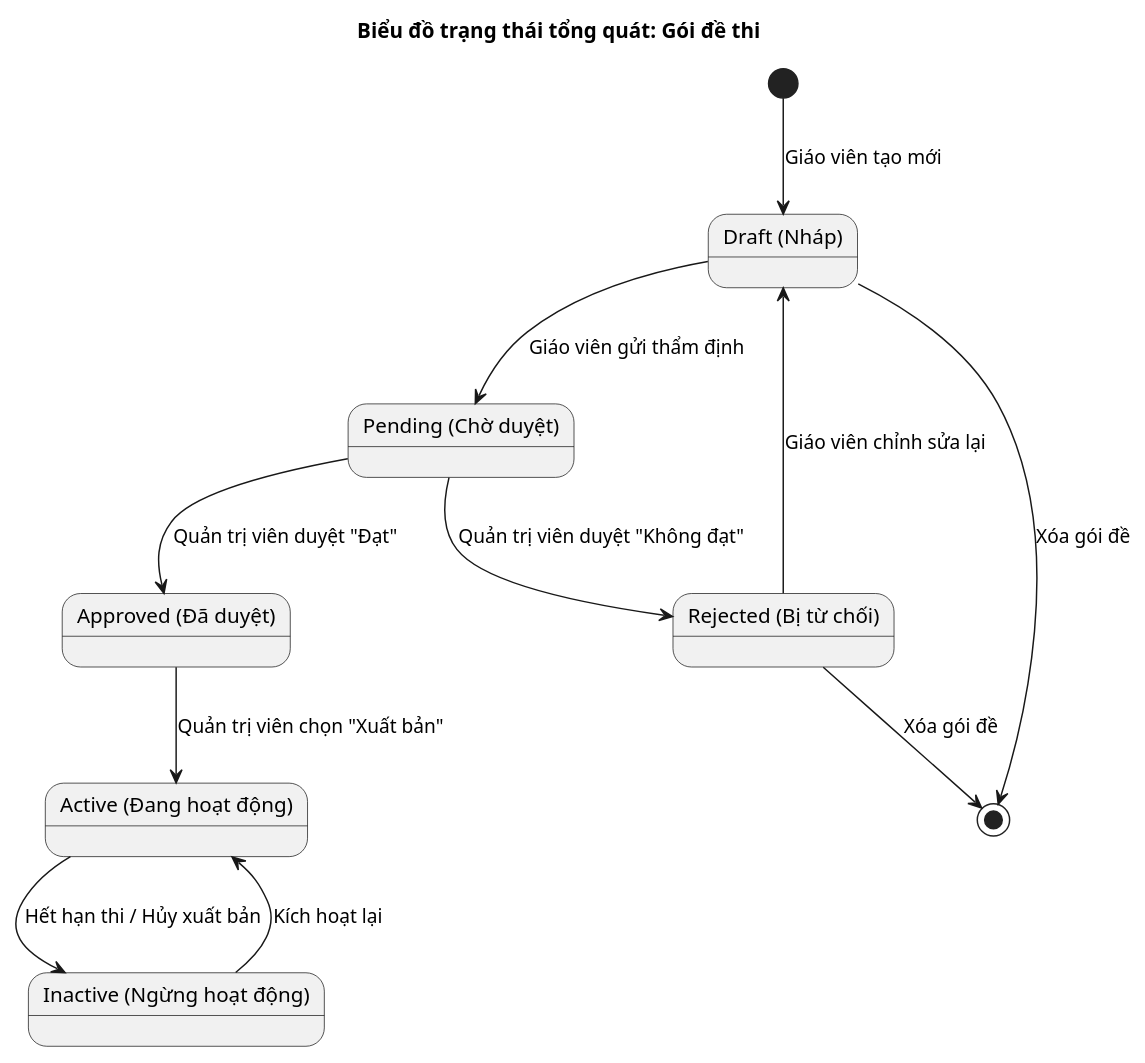
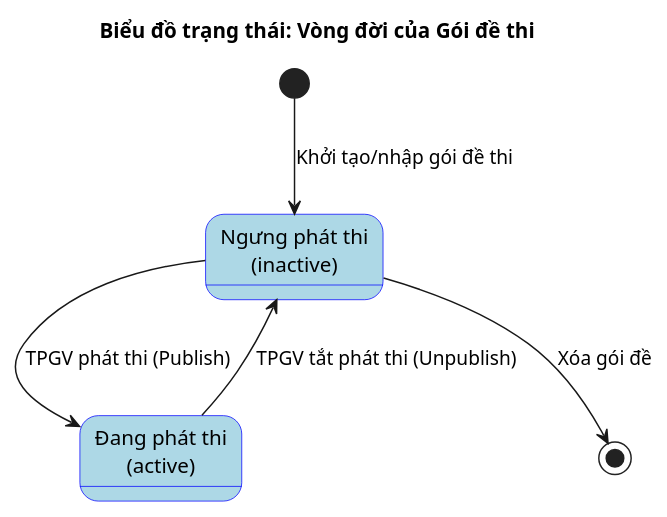
The fourth of 4 diagrams in Usecase/quanlygoide.md (VuKV03/do-an-tot-nghiep), drawn with PlantUML before and after one commit. The commit also changed other lines of this file and 10 other files, not shown here.

````diff
--- a/Usecase/quanlygoide.md
+++ b/Usecase/quanlygoide.md
@@ -169,23 +172,20 @@
 ```plantuml
 @startuml
-title Biểu đồ trạng thái tổng quát: Gói đề thi
+title Biểu đồ trạng thái: Vòng đời của Gói đề thi
 
-state "Draft (Nháp)" as Draft
-state "Pending (Chờ duyệt)" as Pending
-state "Approved (Đã duyệt)" as Approved
-state "Rejected (Bị từ chối)" as Rejected
-state "Active (Đang hoạt động)" as Active
-state "Inactive (Ngừng hoạt động)" as Inactive
+skinparam state {
+  BackgroundColor LightBlue
+  BorderColor Blue
+}
 
-[*] --> Draft : Giáo viên tạo mới
-Draft --> Pending : Giáo viên gửi thẩm định
-Pending --> Approved : Quản trị viên duyệt "Đạt"
-Pending --> Rejected : Quản trị viên duyệt "Không đạt"
-Rejected --> Draft : Giáo viên chỉnh sửa lại
-Approved --> Active : Quản trị viên chọn "Xuất bản"
-Active --> Inactive : Hết hạn thi / Hủy xuất bản
-Inactive --> Active : Kích hoạt lại
-Draft --> [*] : Xóa gói đề
-Rejected --> [*] : Xóa gói đề
+[*] --> inactive : Khởi tạo/nhập gói đề thi
+
+state active as "Đang phát thi\n(active)"
+state inactive as "Ngưng phát thi\n(inactive)"
+
+inactive --> active : TPGV phát thi (Publish)
+active --> inactive : TPGV tắt phát thi (Unpublish)
+
+inactive --> [*] : Xóa gói đề
 @enduml
 ```
````
